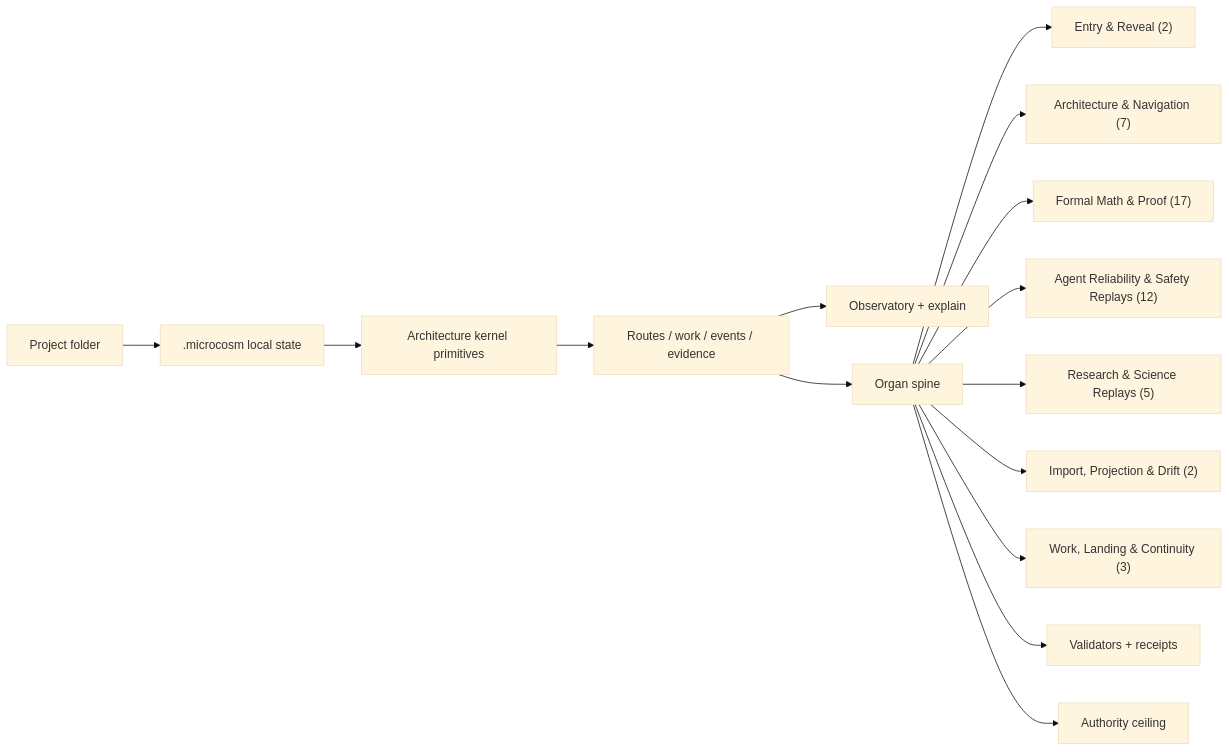
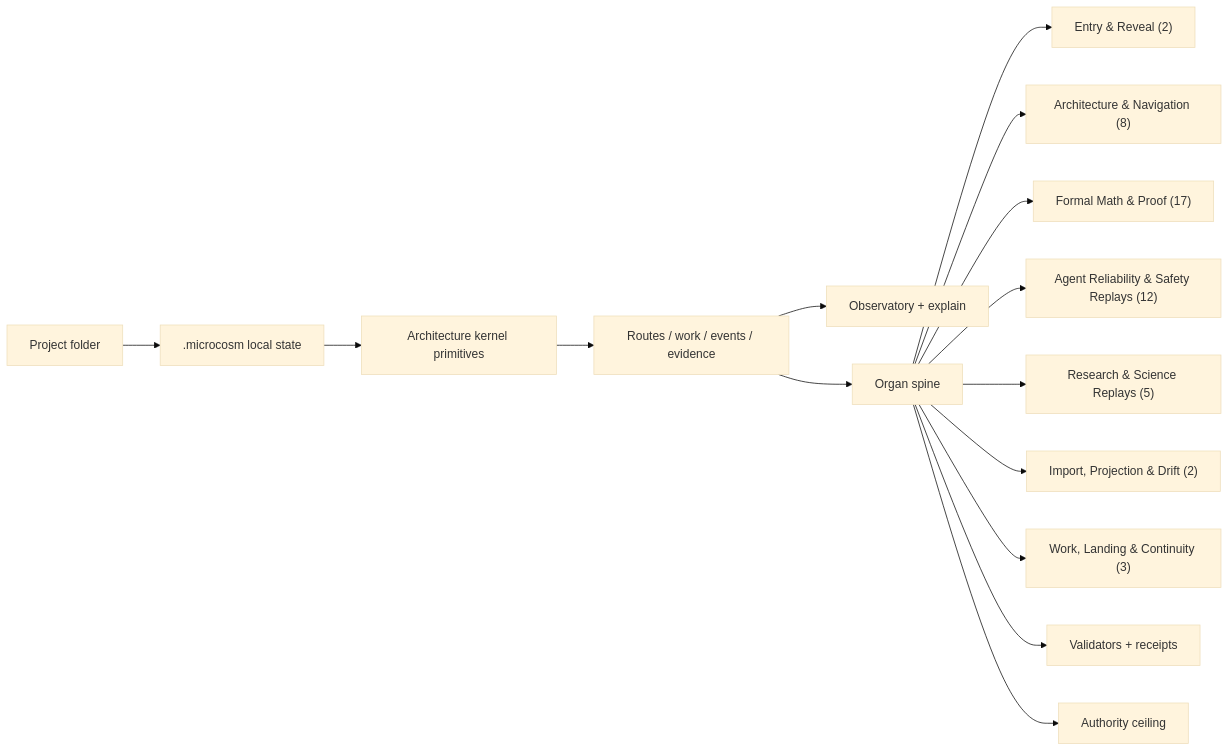
The third of 4 diagrams in ARCHITECTURE.md (wcook04/plectis), drawn with Mermaid (base theme) before and after one commit. The commit also changed other lines of this file and 133 other files, not shown here.

````diff
--- a/ARCHITECTURE.md
+++ b/ARCHITECTURE.md
@@ -67,17 +68,17 @@
 ```mermaid
 flowchart LR
   P[Project folder] --> M[".microcosm local state"]
   M --> K[Architecture kernel primitives]
   K --> R[Routes / work / events / evidence]
   R --> O[Observatory + explain]
   R --> S[Organ spine]
   S --> EAR["Entry & Reveal (2)"]
-  S --> AAN["Architecture & Navigation (7)"]
+  S --> AAN["Architecture & Navigation (8)"]
   S --> FMAP["Formal Math & Proof (17)"]
   S --> ARAS["Agent Reliability & Safety Replays (12)"]
   S --> RASR["Research & Science Replays (5)"]
   S --> IPAD["Import, Projection & Drift (2)"]
   S --> WLAC["Work, Landing & Continuity (3)"]
   S --> V[Validators + receipts]
   S --> AC[Authority ceiling]
 ```
````
